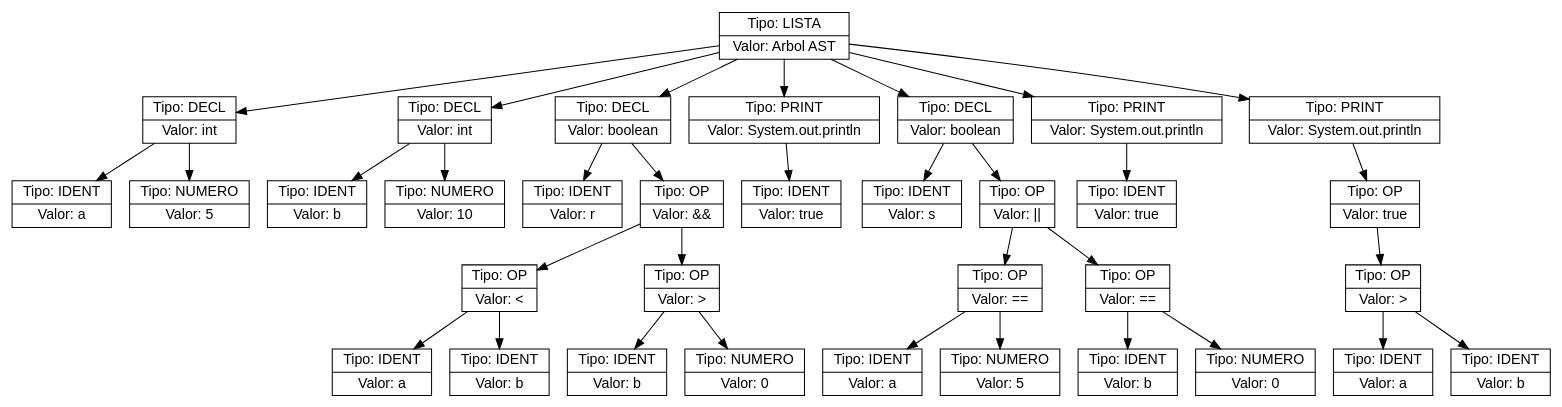
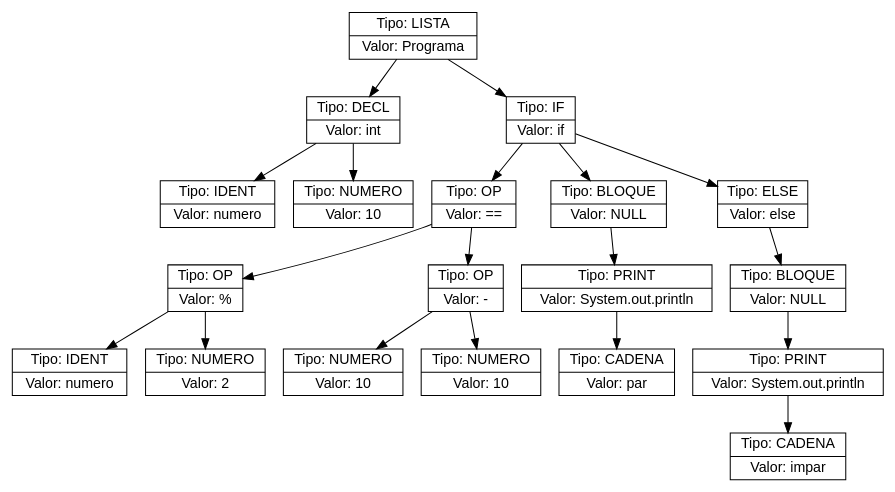
One commit to Farot30/OLC2_2s2025_202307820 changed the diagram in ast.dot. Above: the diagram before and after it, drawn with Graphviz. The commit also changed 20 other files, not shown here.

```diff
--- a/ast.dot
+++ b/ast.dot
@@ -1,70 +1,40 @@
 digraph AST {
   node [shape=record,fontname="Helvetica"];
-  n0x61d840a38530 [label="{Tipo: LISTA|Valor: Arbol AST}"];
-  n0x61d840a38530 -> n0x61d8409f1550;
-  n0x61d8409f1550 [label="{Tipo: DECL|Valor: int}"];
-  n0x61d8409f1550 -> n0x61d8409c8560;
-  n0x61d8409c8560 [label="{Tipo: IDENT|Valor: a}"];
-  n0x61d8409f1550 -> n0x61d8409fbb50;
-  n0x61d8409fbb50 [label="{Tipo: NUMERO|Valor: 5}"];
-  n0x61d840a38530 -> n0x61d8409b2b90;
-  n0x61d8409b2b90 [label="{Tipo: DECL|Valor: int}"];
-  n0x61d8409b2b90 -> n0x61d840c47ef0;
-  n0x61d840c47ef0 [label="{Tipo: IDENT|Valor: b}"];
-  n0x61d8409b2b90 -> n0x61d840da5850;
-  n0x61d840da5850 [label="{Tipo: NUMERO|Valor: 10}"];
-  n0x61d840a38530 -> n0x61d8409eca30;
-  n0x61d8409eca30 [label="{Tipo: DECL|Valor: boolean}"];
-  n0x61d8409eca30 -> n0x61d840bba1a0;
-  n0x61d840bba1a0 [label="{Tipo: IDENT|Valor: r}"];
-  n0x61d8409eca30 -> n0x61d840c3d270;
-  n0x61d840c3d270 [label="{Tipo: OP|Valor: &&}"];
-  n0x61d840c3d270 -> n0x61d840c48a70;
-  n0x61d840c48a70 [label="{Tipo: OP|Valor: &lt;}"];
-  n0x61d840c48a70 -> n0x61d840c40070;
-  n0x61d840c40070 [label="{Tipo: IDENT|Valor: a}"];
-  n0x61d840c48a70 -> n0x61d840c43d70;
-  n0x61d840c43d70 [label="{Tipo: IDENT|Valor: b}"];
-  n0x61d840c3d270 -> n0x61d840bfc520;
-  n0x61d840bfc520 [label="{Tipo: OP|Valor: &gt;}"];
-  n0x61d840bfc520 -> n0x61d840a49c00;
-  n0x61d840a49c00 [label="{Tipo: IDENT|Valor: b}"];
-  n0x61d840bfc520 -> n0x61d840c4a750;
-  n0x61d840c4a750 [label="{Tipo: NUMERO|Valor: 0}"];
-  n0x61d840a38530 -> n0x61d840cb6300;
-  n0x61d840cb6300 [label="{Tipo: PRINT|Valor: System.out.println}"];
-  n0x61d840cb6300 -> n0x61d840c45c60;
-  n0x61d840c45c60 [label="{Tipo: IDENT|Valor: true}"];
-  n0x61d840a38530 -> n0x61d840b3d1d0;
-  n0x61d840b3d1d0 [label="{Tipo: DECL|Valor: boolean}"];
-  n0x61d840b3d1d0 -> n0x61d840b3d200;
-  n0x61d840b3d200 [label="{Tipo: IDENT|Valor: s}"];
-  n0x61d840b3d1d0 -> n0x61d840cd3c40;
-  n0x61d840cd3c40 [label="{Tipo: OP|Valor: &#124;&#124;}"];
-  n0x61d840cd3c40 -> n0x61d840c3fe80;
-  n0x61d840c3fe80 [label="{Tipo: OP|Valor: ==}"];
-  n0x61d840c3fe80 -> n0x61d8409c7140;
-  n0x61d8409c7140 [label="{Tipo: IDENT|Valor: a}"];
-  n0x61d840c3fe80 -> n0x61d840c42fa0;
-  n0x61d840c42fa0 [label="{Tipo: NUMERO|Valor: 5}"];
-  n0x61d840cd3c40 -> n0x61d840cd3c10;
-  n0x61d840cd3c10 [label="{Tipo: OP|Valor: ==}"];
-  n0x61d840cd3c10 -> n0x61d840ae5030;
-  n0x61d840ae5030 [label="{Tipo: IDENT|Valor: b}"];
-  n0x61d840cd3c10 -> n0x61d840bfe770;
-  n0x61d840bfe770 [label="{Tipo: NUMERO|Valor: 0}"];
-  n0x61d840a38530 -> n0x61d840cd4300;
-  n0x61d840cd4300 [label="{Tipo: PRINT|Valor: System.out.println}"];
-  n0x61d840cd4300 -> n0x61d840cd42d0;
-  n0x61d840cd42d0 [label="{Tipo: IDENT|Valor: true}"];
-  n0x61d840a38530 -> n0x61d840d9a820;
-  n0x61d840d9a820 [label="{Tipo: PRINT|Valor: System.out.println}"];
-  n0x61d840d9a820 -> n0x61d840a02410;
-  n0x61d840a02410 [label="{Tipo: OP|Valor: true}"];
-  n0x61d840a02410 -> n0x61d840a023e0;
-  n0x61d840a023e0 [label="{Tipo: OP|Valor: &gt;}"];
-  n0x61d840a023e0 -> n0x61d840c3e0e0;
-  n0x61d840c3e0e0 [label="{Tipo: IDENT|Valor: a}"];
-  n0x61d840a023e0 -> n0x61d840c3e110;
-  n0x61d840c3e110 [label="{Tipo: IDENT|Valor: b}"];
+  n0x5d1169a16470 [label="{Tipo: LISTA|Valor: Programa}"];
+  n0x5d1169a16470 -> n0x5d11698583a0;
+  n0x5d11698583a0 [label="{Tipo: DECL|Valor: int}"];
+  n0x5d11698583a0 -> n0x5d1169c1a360;
+  n0x5d1169c1a360 [label="{Tipo: IDENT|Valor: numero}"];
+  n0x5d11698583a0 -> n0x5d1169a16d80;
+  n0x5d1169a16d80 [label="{Tipo: NUMERO|Valor: 10}"];
+  n0x5d1169a16470 -> n0x5d116985cfe0;
+  n0x5d116985cfe0 [label="{Tipo: IF|Valor: if}"];
+  n0x5d116985cfe0 -> n0x5d116986b760;
+  n0x5d116986b760 [label="{Tipo: OP|Valor: ==}"];
+  n0x5d116986b760 -> n0x5d116986b400;
+  n0x5d116986b400 [label="{Tipo: OP|Valor: %}"];
+  n0x5d116986b400 -> n0x5d1169a7dc30;
+  n0x5d1169a7dc30 [label="{Tipo: IDENT|Valor: numero}"];
+  n0x5d116986b400 -> n0x5d116986bba0;
+  n0x5d116986bba0 [label="{Tipo: NUMERO|Valor: 2}"];
+  n0x5d116986b760 -> n0x5d116985c6e0;
+  n0x5d116985c6e0 [label="{Tipo: OP|Valor: -}"];
+  n0x5d116985c6e0 -> n0x5d1169af52c0;
+  n0x5d1169af52c0 [label="{Tipo: NUMERO|Valor: 10}"];
+  n0x5d116985c6e0 -> n0x5d1169c197d0;
+  n0x5d1169c197d0 [label="{Tipo: NUMERO|Valor: 10}"];
+  n0x5d116985cfe0 -> n0x5d1169a1cf60;
+  n0x5d1169a1cf60 [label="{Tipo: BLOQUE|Valor: NULL}"];
+  n0x5d1169a1cf60 -> n0x5d1169b41180;
+  n0x5d1169b41180 [label="{Tipo: PRINT|Valor: System.out.println}"];
+  n0x5d1169b41180 -> n0x5d1169a17280;
+  n0x5d1169a17280 [label="{Tipo: CADENA|Valor: par}"];
+  n0x5d116985cfe0 -> n0x5d1169a172d0;
+  n0x5d1169a172d0 [label="{Tipo: ELSE|Valor: else}"];
+  n0x5d1169a172d0 -> n0x5d1169b2afc0;
+  n0x5d1169b2afc0 [label="{Tipo: BLOQUE|Valor: NULL}"];
+  n0x5d1169b2afc0 -> n0x5d11697fc7c0;
+  n0x5d11697fc7c0 [label="{Tipo: PRINT|Valor: System.out.println}"];
+  n0x5d11697fc7c0 -> n0x5d11698416c0;
+  n0x5d11698416c0 [label="{Tipo: CADENA|Valor: impar}"];
 }
```
